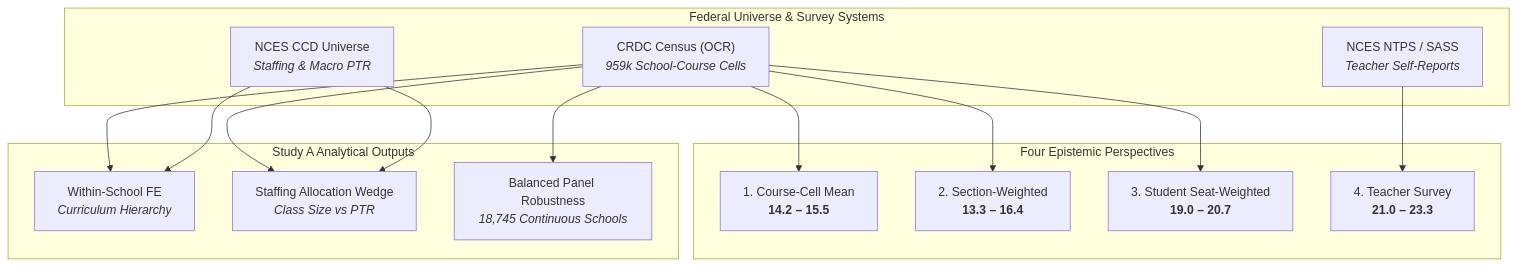
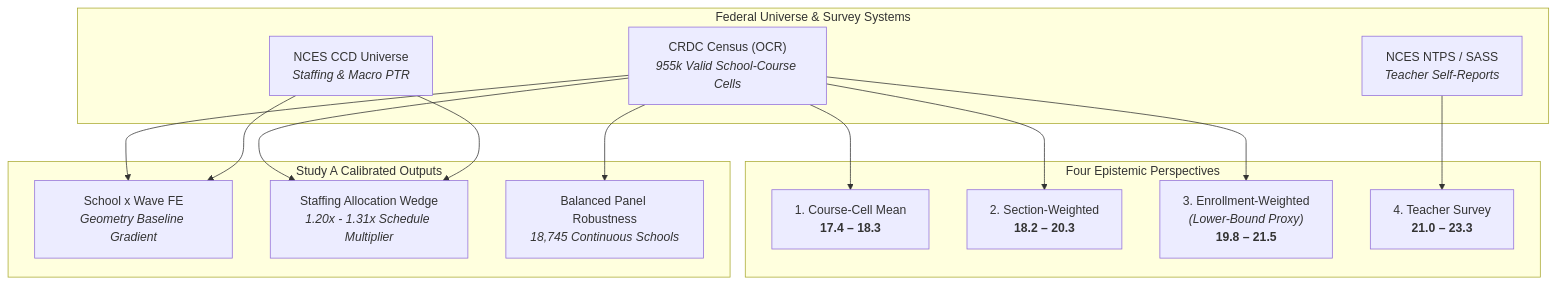
Before and after one commit to admiralorbiter/computational-sketchbook: the diagram in 2026/2026-10-04-classroom-capacity/artifacts/01_class_size_measurement.md, drawn with Mermaid. The commit also changed other lines of this file and 49 other files, not shown here.

````diff
--- a/2026/2026-10-04-classroom-capacity/artifacts/01_class_size_measurement.md
+++ b/2026/2026-10-04-classroom-capacity/artifacts/01_class_size_measurement.md
@@ -48,29 +50,29 @@
 ```mermaid
 flowchart TD
     subgraph Federal["Federal Universe & Survey Systems"]
-        CRDC["CRDC Census (OCR)<br/><i>959k School-Course Cells</i>"]
+        CRDC["CRDC Census (OCR)<br/><i>955k Valid School-Course Cells</i>"]
         CCD["NCES CCD Universe<br/><i>Staffing & Macro PTR</i>"]
         NTPS["NCES NTPS / SASS<br/><i>Teacher Self-Reports</i>"]
     end
 
     subgraph Perspectives["Four Epistemic Perspectives"]
-        P1["1. Course-Cell Mean<br/><b>14.2 – 15.5</b>"]
-        P2["2. Section-Weighted<br/><b>13.3 – 16.4</b>"]
-        P3["3. Student Seat-Weighted<br/><b>19.0 – 20.7</b>"]
+        P1["1. Course-Cell Mean<br/><b>17.4 – 18.3</b>"]
+        P2["2. Section-Weighted<br/><b>18.2 – 20.3</b>"]
+        P3["3. Enrollment-Weighted<br/><i>(Lower-Bound Proxy)</i><br/><b>19.8 – 21.5</b>"]
         P4["4. Teacher Survey<br/><b>21.0 – 23.3</b>"]
     end
 
-    subgraph Analytical["Study A Analytical Outputs"]
-        FE["Within-School FE<br/><i>Curriculum Hierarchy</i>"]
-        WEDGE["Staffing Allocation Wedge<br/><i>Class Size vs PTR</i>"]
+    subgraph Analytical["Study A Calibrated Outputs"]
+        FE["School x Wave FE<br/><i>Geometry Baseline Gradient</i>"]
+        WEDGE["Staffing Allocation Wedge<br/><i>1.20x - 1.31x Schedule Multiplier</i>"]
         ROB["Balanced Panel Robustness<br/><i>18,745 Continuous Schools</i>"]
     end
 
     CRDC --> P1
     CRDC --> P2
     CRDC --> P3
     NTPS --> P4
     CRDC & CCD --> FE
     CRDC & CCD --> WEDGE
     CRDC --> ROB
 ```
````
